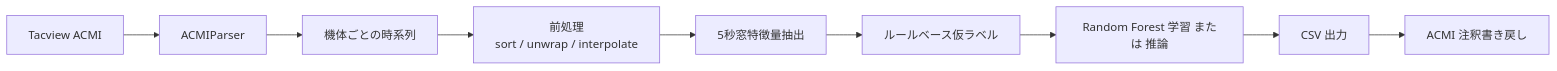
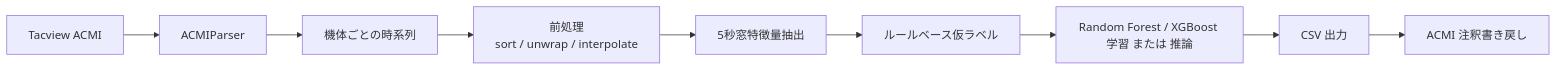
Before and after one commit to t-katze/flight-maneuver-classifier: the diagram in README.md, drawn with Mermaid. The commit also changed other lines of this file and 17 other files, not shown here.

````diff
--- a/README.md
+++ b/README.md
@@ -17,11 +17,11 @@
 ```mermaid
 flowchart LR
     A["Tacview ACMI"] --> B["ACMIParser"]
     B --> C["機体ごとの時系列"]
     C --> D["前処理\nsort / unwrap / interpolate"]
     D --> E["5秒窓特徴量抽出"]
     E --> F["ルールベース仮ラベル"]
-    F --> G["Random Forest 学習 または 推論"]
+    F --> G["Random Forest / XGBoost 学習 または 推論"]
     G --> H["CSV 出力"]
     H --> I["ACMI 注釈書き戻し"]
 ```
````
